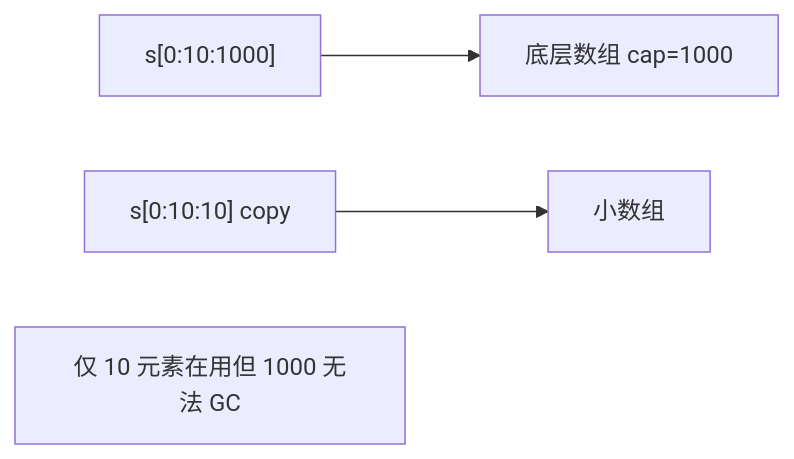
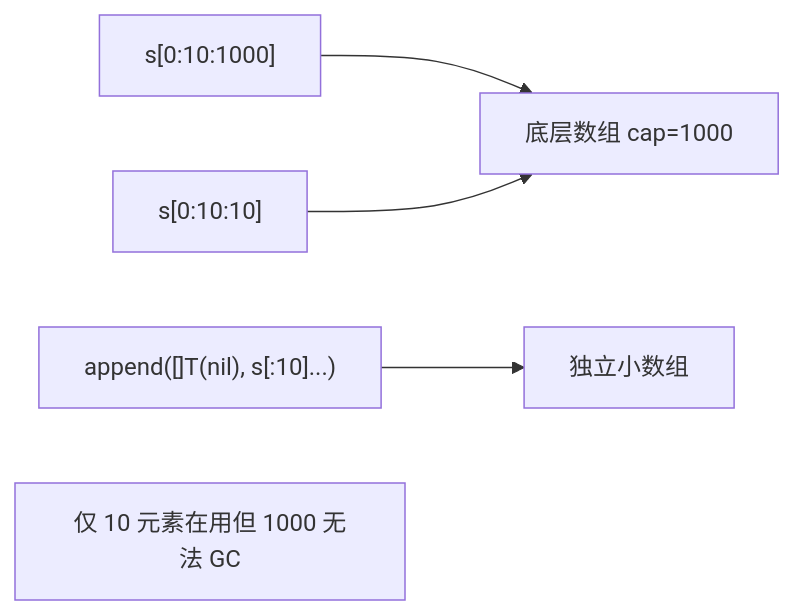
The diagram in docs/interview/02-memory-gc/S-MEM-05-slice-internals.md (twodog-tt/Golang-development-manual), drawn with Mermaid before and after one commit. The commit also changed other lines of this file and 438 other files, not shown here.

````diff
--- a/docs/interview/02-memory-gc/S-MEM-05-slice-internals.md
+++ b/docs/interview/02-memory-gc/S-MEM-05-slice-internals.md
@@ -44,6 +46,7 @@
 ```mermaid
 flowchart LR
   S1["s[0:10:1000]"] --> Arr[底层数组 cap=1000]
-  S2["s[0:10:10] copy"] --> Arr2[小数组]
+  S2["s[0:10:10]"] --> Arr
+  Copy["append([]T(nil), s[:10]...)"] --> Arr2[独立小数组]
   Note1[仅 10 元素在用但 1000 无法 GC]
 ```
````
